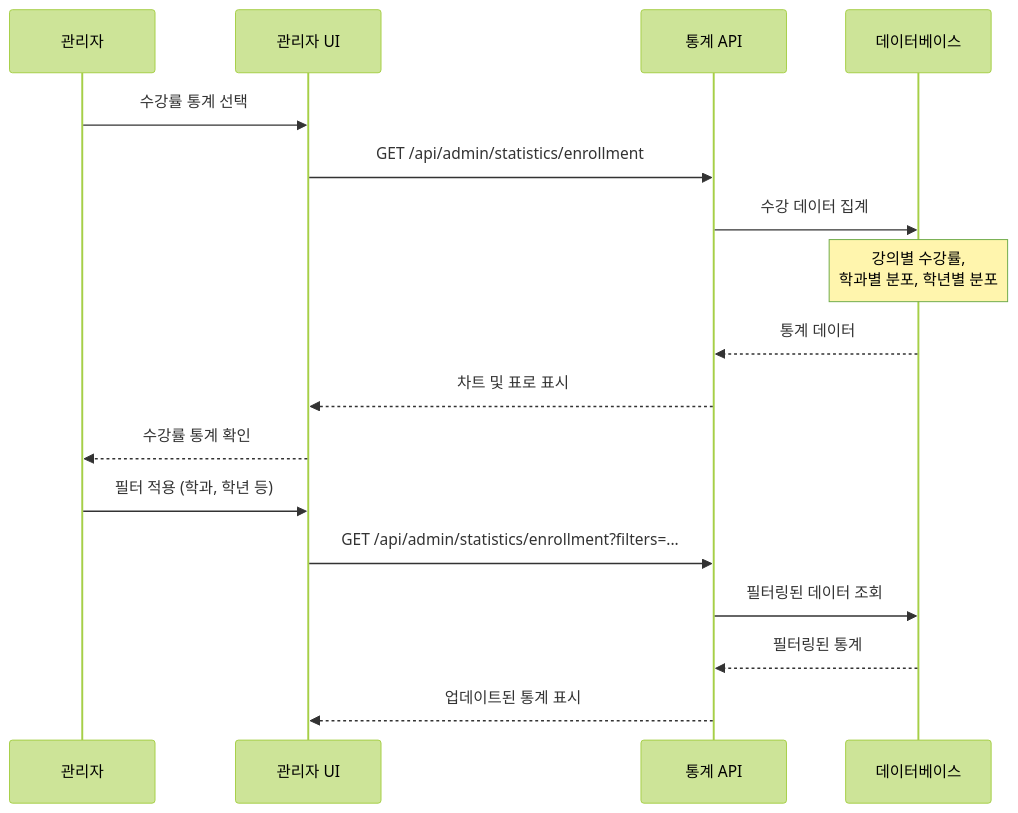
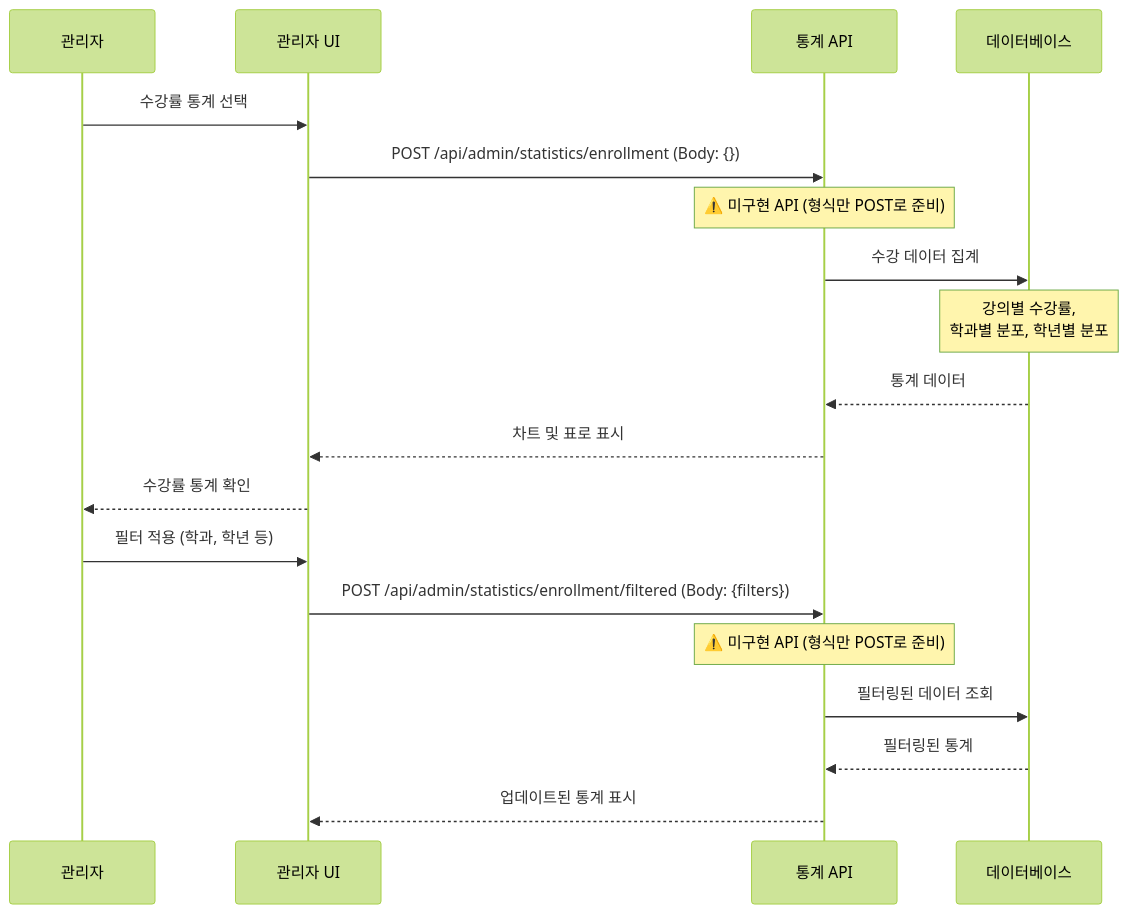
One commit to hooting76/blue-crab-lms changed the seventh of 8 diagrams in backend/BlueCrab/docs/강의관련기능/04-관리자플로우.md. Above: the diagram before and after it, drawn with Mermaid (forest theme). The commit also changed other lines of this file and 19 other files, not shown here.

````diff
--- a/backend/BlueCrab/docs/강의관련기능/04-관리자플로우.md
+++ b/backend/BlueCrab/docs/강의관련기능/04-관리자플로우.md
@@ -295,22 +302,24 @@
 ```mermaid
 sequenceDiagram
     participant Admin as 관리자
     participant UI as 관리자 UI
     participant API as 통계 API
     participant DB as 데이터베이스
 
     Admin->>UI: 수강률 통계 선택
-    UI->>API: GET /api/admin/statistics/enrollment
+    UI->>API: POST /api/admin/statistics/enrollment (Body: {})
+    Note over API: ⚠️ 미구현 API (형식만 POST로 준비)
     API->>DB: 수강 데이터 집계
     Note over DB: 강의별 수강률,<br/>학과별 분포, 학년별 분포
 
     DB-->>API: 통계 데이터
     API-->>UI: 차트 및 표로 표시
     UI-->>Admin: 수강률 통계 확인
 
     Admin->>UI: 필터 적용 (학과, 학년 등)
-    UI->>API: GET /api/admin/statistics/enrollment?filters=...
+    UI->>API: POST /api/admin/statistics/enrollment/filtered (Body: {filters})
+    Note over API: ⚠️ 미구현 API (형식만 POST로 준비)
     API->>DB: 필터링된 데이터 조회
     DB-->>API: 필터링된 통계
     API-->>UI: 업데이트된 통계 표시
 ```
````
